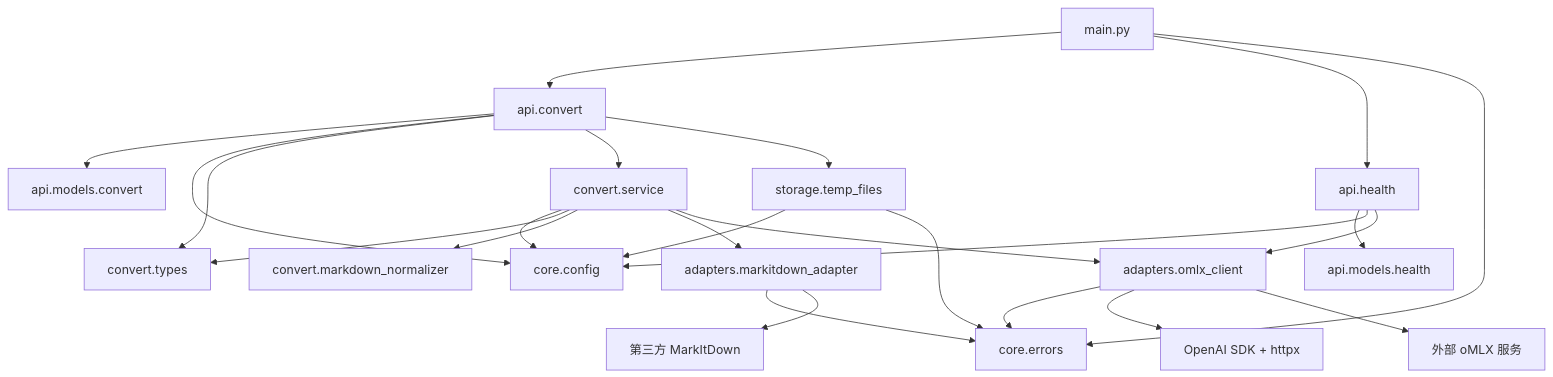
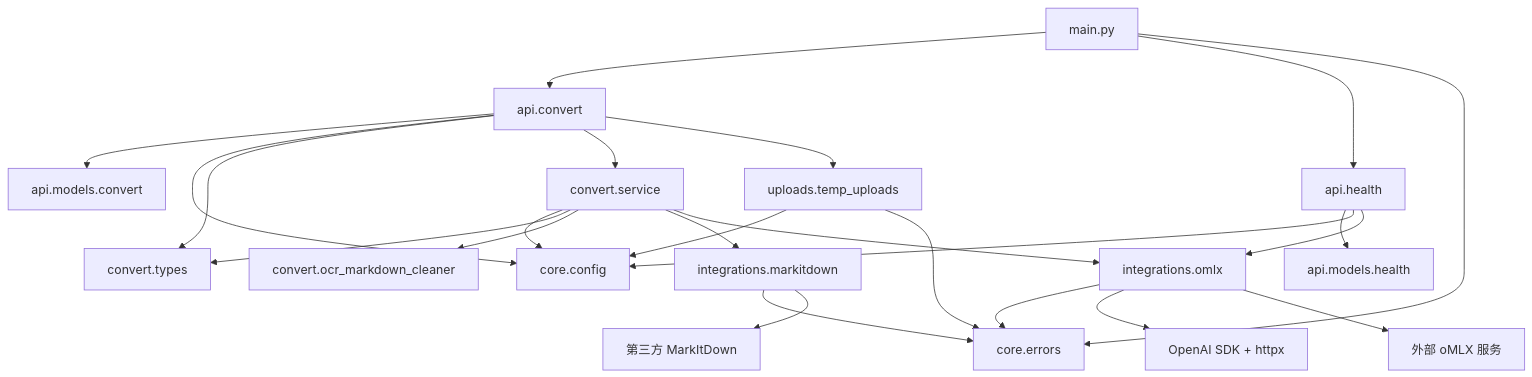
Before and after one commit to Jianshi-Lu/to-markdown: the first of 2 diagrams in docs/code-reference.md, drawn with Mermaid. The commit also changed other lines of this file and 3 other files, not shown here.

````diff
--- a/docs/code-reference.md
+++ b/docs/code-reference.md
@@ -72,30 +72,30 @@
 ```mermaid
 flowchart TB
     Main[main.py] --> ConvertRoute[api.convert]
     Main --> HealthRoute[api.health]
     Main --> Errors[core.errors]
 
     ConvertRoute --> ConvertResponse[api.models.convert]
     ConvertRoute --> Config[core.config]
     ConvertRoute --> Types[convert.types]
     ConvertRoute --> Service[convert.service]
-    ConvertRoute --> Storage[storage.temp_files]
+    ConvertRoute --> Storage[uploads.temp_uploads]
 
     HealthRoute --> HealthResponses[api.models.health]
     HealthRoute --> Config
-    HealthRoute --> Omlx[adapters.omlx_client]
+    HealthRoute --> Omlx[integrations.omlx]
 
     Service --> Config
     Service --> Types
-    Service --> Normalizer[convert.markdown_normalizer]
-    Service --> MdAdapter[adapters.markitdown_adapter]
+    Service --> Cleaner[convert.ocr_markdown_cleaner]
+    Service --> MdAdapter[integrations.markitdown]
     Service --> Omlx
 
     Storage --> Config
     Storage --> Errors
     MdAdapter --> Errors
     MdAdapter --> MarkItDown[第三方 MarkItDown]
     Omlx --> Errors
     Omlx --> OpenAI[OpenAI SDK + httpx]
     Omlx --> OmlxServer[外部 oMLX 服务]
 ```
````
